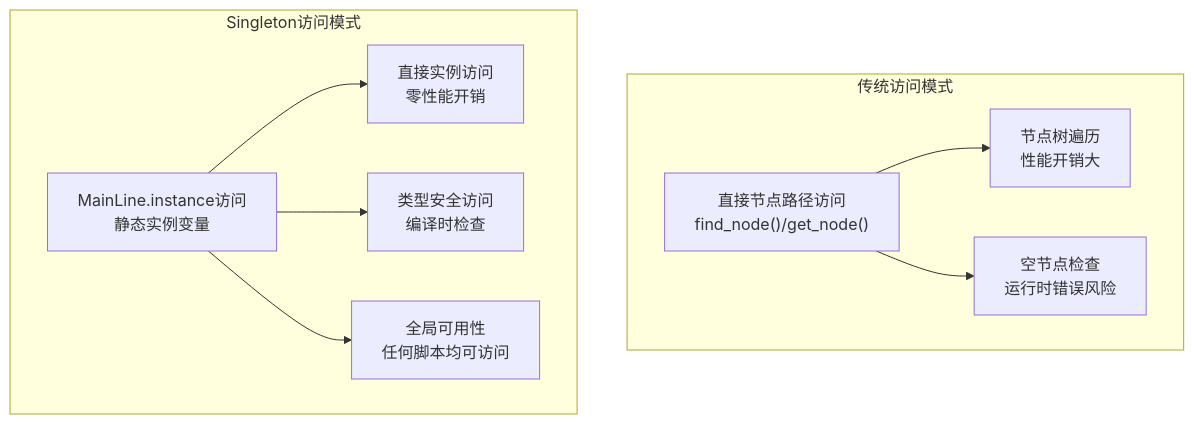
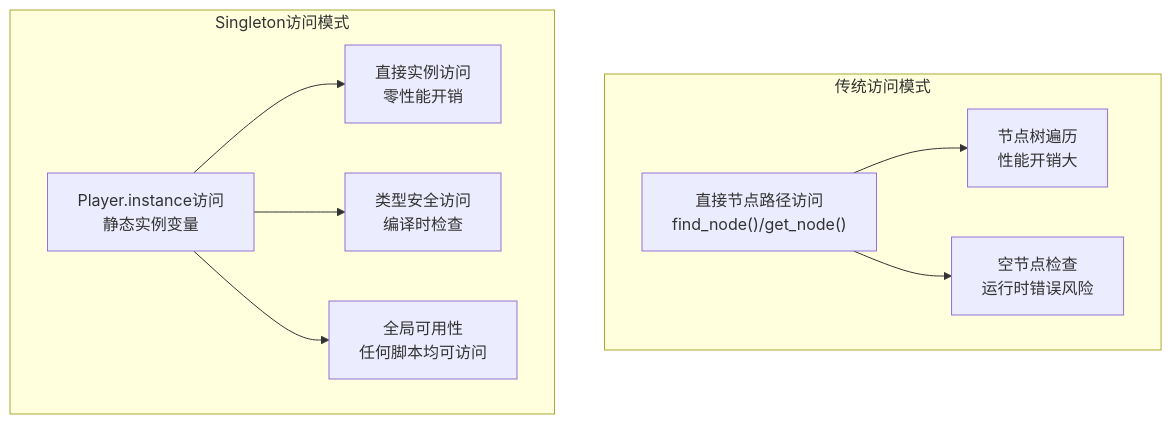
Diagram 11 of 13 in .qoder/repowiki/zh/content/Mainline Script.md (godotline/godot-line), drawn with Mermaid before and after one commit. The commit also changed other lines of this file and 18 other files, not shown here.

````diff
--- a/.qoder/repowiki/zh/content/Mainline Script.md
+++ b/.qoder/repowiki/zh/content/Mainline Script.md
@@ -454,14 +455,14 @@
 ```mermaid
 graph TB
 subgraph "传统访问模式"
 Traditional["直接节点路径访问<br/>find_node()/get_node()"]
 Traditional --> PathFinding["节点树遍历<br/>性能开销大"]
 Traditional --> ErrorHandling["空节点检查<br/>运行时错误风险"]
 end
 subgraph "Singleton访问模式"
-Singleton["MainLine.instance访问<br/>静态实例变量"]
+Singleton["Player.instance访问<br/>静态实例变量"]
 Singleton --> DirectAccess["直接实例访问<br/>零性能开销"]
 Singleton --> TypeSafe["类型安全访问<br/>编译时检查"]
 Singleton --> GlobalAccess["全局可用性<br/>任何脚本均可访问"]
 end
 ```
````
